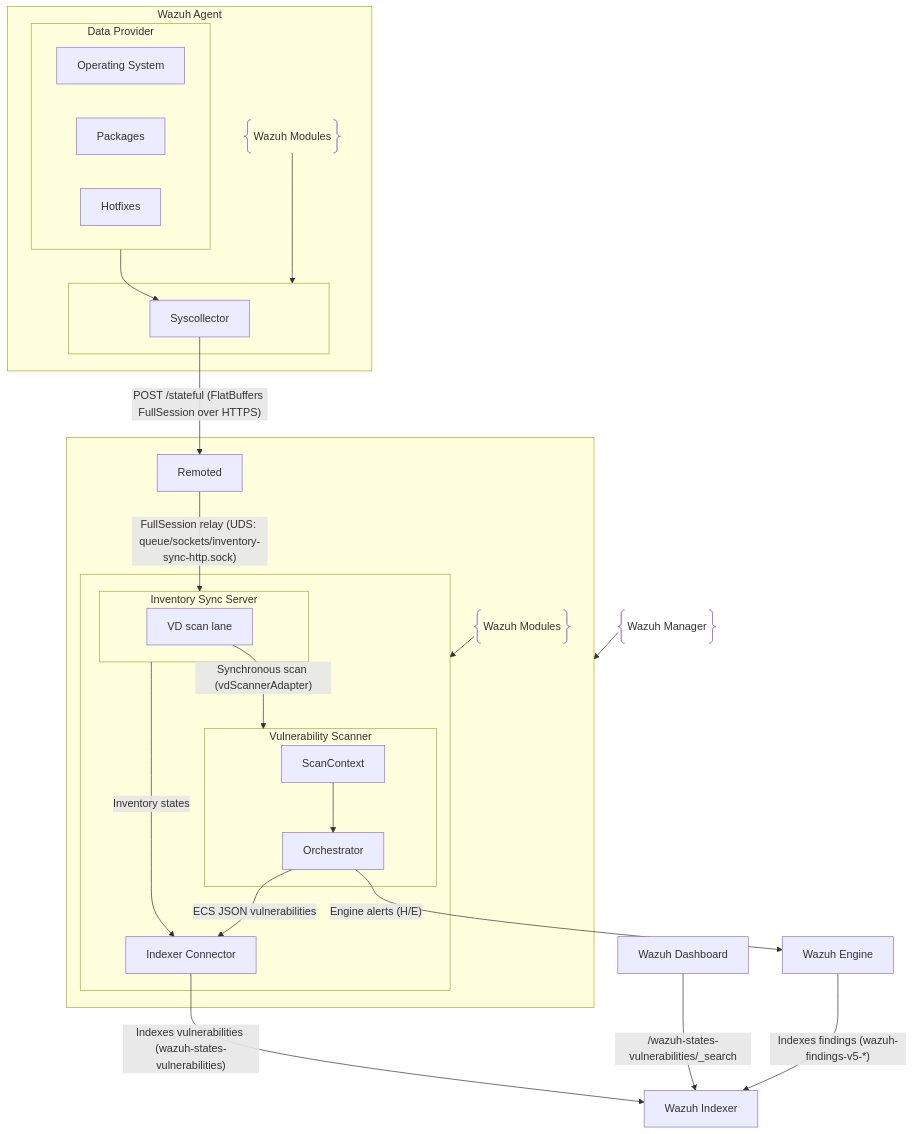
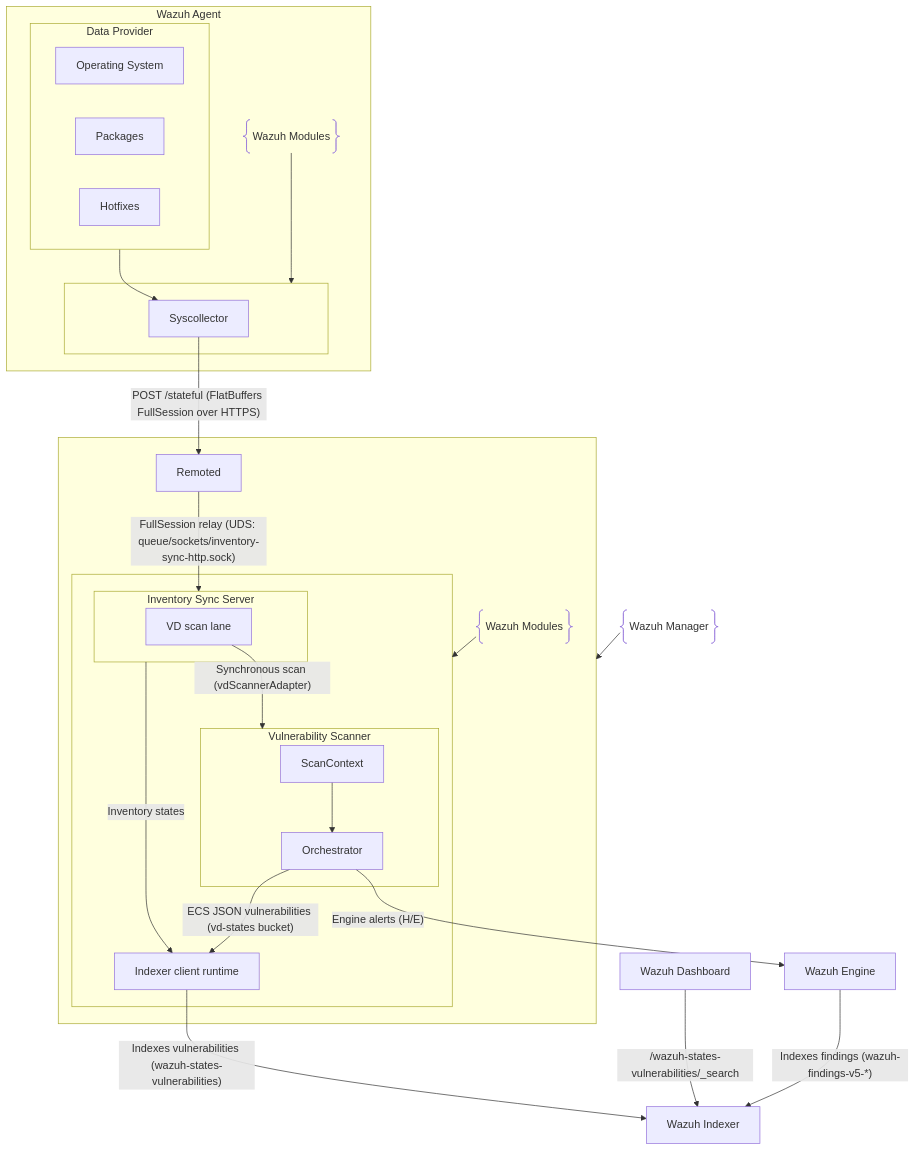
The third of 3 diagrams in docs/ref/modules/vulnerability-scanner/architecture.md (wazuh/wazuh), drawn with Mermaid before and after one commit. The commit also changed other lines of this file and 29 other files, not shown here.

````diff
--- a/docs/ref/modules/vulnerability-scanner/architecture.md
+++ b/docs/ref/modules/vulnerability-scanner/architecture.md
@@ -402,44 +451,44 @@
 ```mermaid
 flowchart TD
 
 subgraph WazuhManager[" "]
   Remoted["Remoted"]
   subgraph WazuhModulesM[" "]
     subgraph InventorySyncServer["Inventory Sync Server"]
       VDLane["VD scan lane"]
     end
     subgraph VulnerabilityScanner["Vulnerability Scanner"]
       ScanContext["ScanContext"]
       Orchestrator["Orchestrator"]
       ScanContext --> Orchestrator
     end
-    IndexerConnector["Indexer Connector"]
-    InventorySyncServer -- "Inventory states" --> IndexerConnector
-    Orchestrator -- "ECS JSON vulnerabilities" --> IndexerConnector
+    IndexerClient["Indexer client runtime"]
+    InventorySyncServer -- "Inventory states" --> IndexerClient
+    Orchestrator -- "ECS JSON vulnerabilities (vd-states bucket)" --> IndexerClient
   end
   C@{ shape: braces, label: "Wazuh Modules" } --> WazuhModulesM
   Remoted -- "FullSession relay (UDS: queue/sockets/inventory-sync-http.sock)" --> InventorySyncServer
   VDLane -- "Synchronous scan (vdScannerAdapter)" --> VulnerabilityScanner
 end
 B@{ shape: braces, label: "Wazuh Manager" } --> WazuhManager
-IndexerConnector -- "Indexes vulnerabilities (wazuh-states-vulnerabilities)" --> WazuhIndexer
+IndexerClient -- "Indexes vulnerabilities (wazuh-states-vulnerabilities)" --> WazuhIndexer
 Orchestrator -- "Engine alerts (H/E)" --> WazuhEngine
 subgraph WazuhAgent["Wazuh Agent"]
   subgraph Providers["Data Provider"]
     OS["Operating System"]
     Packages["Packages"]
     Hotfixes["Hotfixes"]
   end
   subgraph WazuhModulesA[" "]
     Syscollector["Syscollector"]
   end
   A@{ shape: braces, label: "Wazuh Modules" } --> WazuhModulesA
   Syscollector -- "POST /stateful (FlatBuffers FullSession over HTTPS)" --> Remoted
 end
 Providers --> Syscollector
 WazuhIndexer["Wazuh Indexer"]
 WazuhEngine["Wazuh Engine"]
 WazuhEngine -- "Indexes findings (wazuh-findings-v5-*)" --> WazuhIndexer
 WazuhDashboard["Wazuh Dashboard"]
 WazuhDashboard -- /wazuh-states-vulnerabilities/_search --> WazuhIndexer
 ```
````
